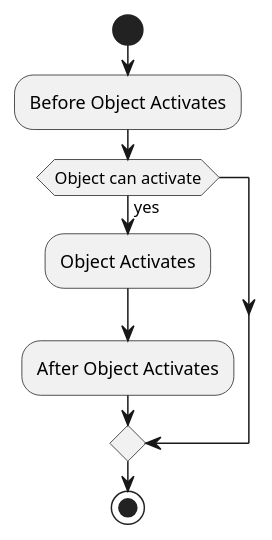
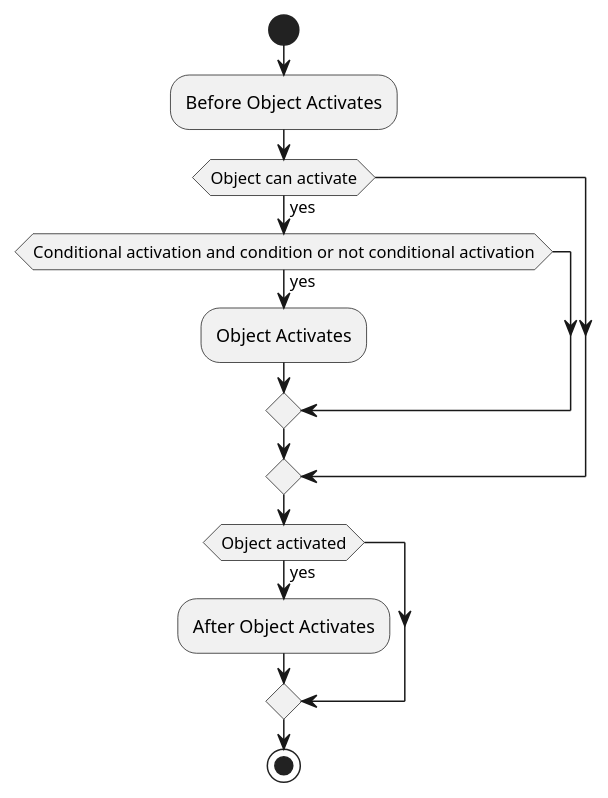
The diagram in src/docs/activation.wsd (halljared/bpb-simulator), drawn with PlantUML before and after one commit. The commit also changed 8 other files, not shown here.

```diff
--- a/src/docs/activation.wsd
+++ b/src/docs/activation.wsd
@@ -1,11 +1,13 @@
 @startuml activation
 start
 :Before Object Activates;
 if (Object can activate) then (yes)
-  :Object Activates;
+  if (Conditional activation and condition or not conditional activation) then (yes)
+    :Object Activates;
+  endif
+endif
+if(Object activated) then (yes)
   :After Object Activates;
 endif
 stop
-
-
 @enduml
```
